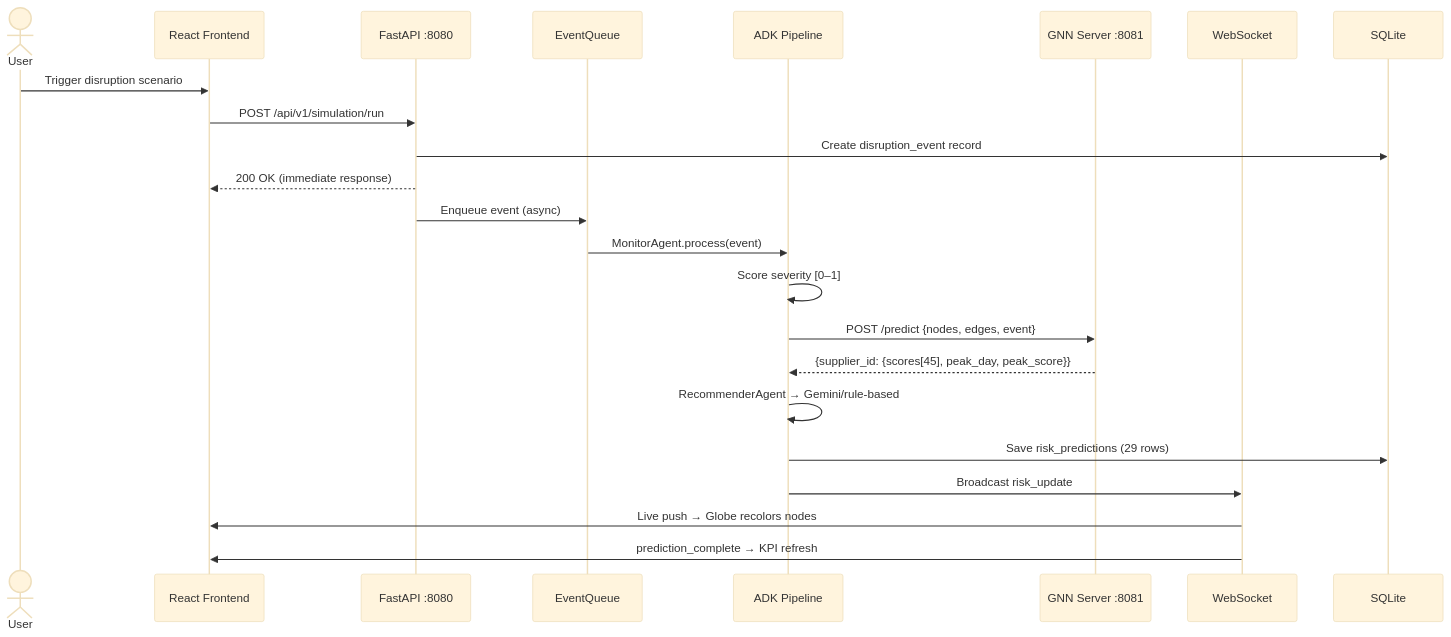
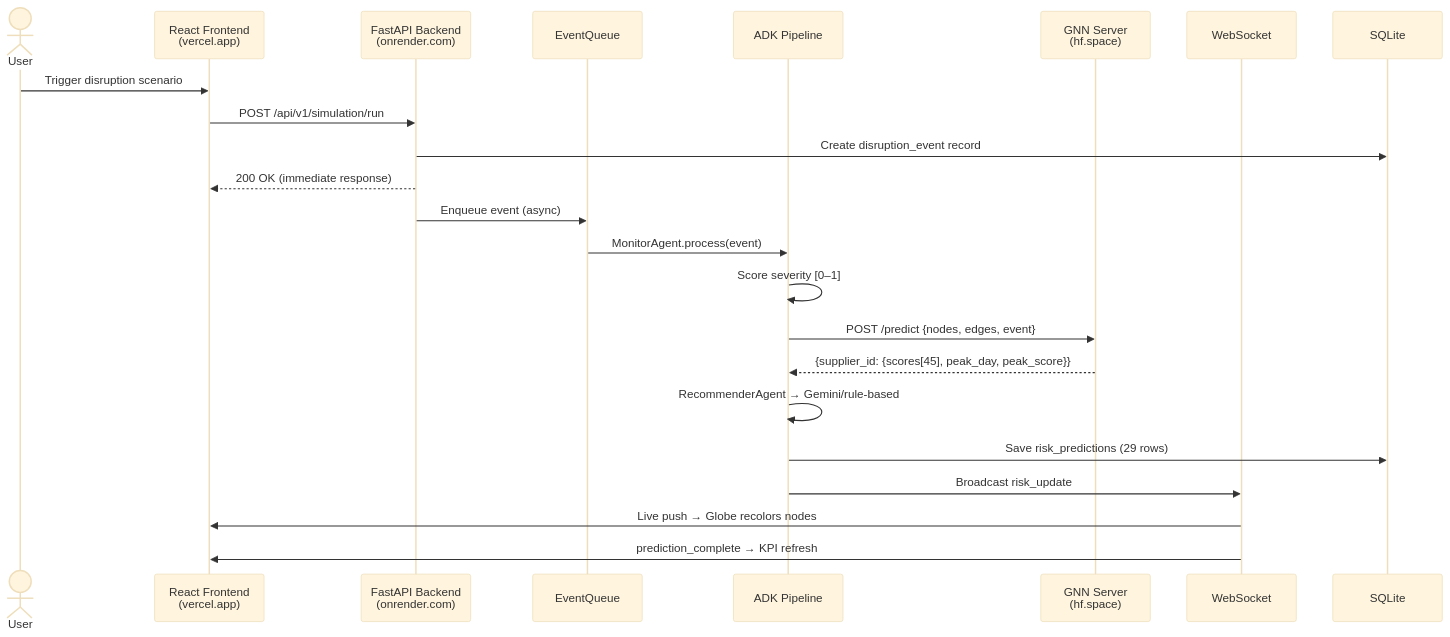
One commit to RaGaS958/RippleGraphAI changed the second of 10 diagrams in README.md. Above: the diagram before and after it, drawn with Mermaid (base theme). The commit also changed other lines of this file, not shown here.

````diff
--- a/README.md
+++ b/README.md
@@ -123,27 +258,27 @@
 ```mermaid
 sequenceDiagram
     actor User
-    participant FE as React Frontend
-    participant API as FastAPI :8080
+    participant FE as React Frontend<br/>(vercel.app)
+    participant API as FastAPI Backend<br/>(onrender.com)
     participant EQ as EventQueue
     participant ADK as ADK Pipeline
-    participant GNN as GNN Server :8081
+    participant GNN as GNN Server<br/>(hf.space)
     participant WS as WebSocket
     participant DB as SQLite
 
     User->>FE: Trigger disruption scenario
     FE->>API: POST /api/v1/simulation/run
     API->>DB: Create disruption_event record
     API-->>FE: 200 OK (immediate response)
     API->>EQ: Enqueue event (async)
 
     EQ->>ADK: MonitorAgent.process(event)
     ADK->>ADK: Score severity [0–1]
     ADK->>GNN: POST /predict {nodes, edges, event}
     GNN-->>ADK: {supplier_id: {scores[45], peak_day, peak_score}}
     ADK->>ADK: RecommenderAgent → Gemini/rule-based
     ADK->>DB: Save risk_predictions (29 rows)
     ADK->>WS: Broadcast risk_update
     WS->>FE: Live push → Globe recolors nodes
     WS->>FE: prediction_complete → KPI refresh
 ```
````
